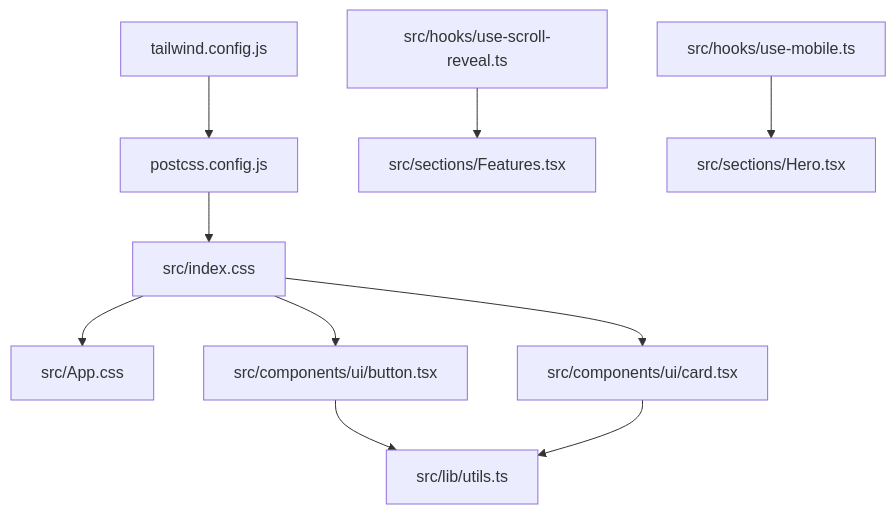
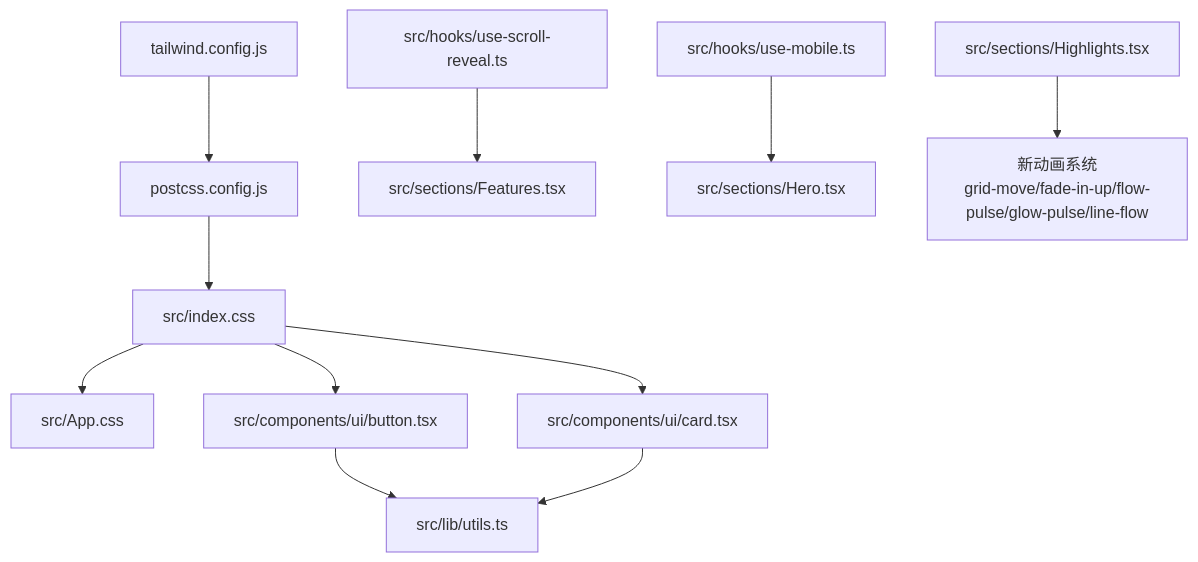
The first of 4 diagrams in .qoder/repowiki/zh/content/样式系统.md (Primoguo/naolizhi.cn), drawn with Mermaid before and after one commit. The commit also changed other lines of this file and 19 other files, not shown here.

````diff
--- a/.qoder/repowiki/zh/content/样式系统.md
+++ b/.qoder/repowiki/zh/content/样式系统.md
@@ -54,12 +62,13 @@
 ```mermaid
 graph TB
 A["tailwind.config.js"] --> B["postcss.config.js"]
 B --> C["src/index.css"]
 C --> D["src/App.css"]
 C --> E["src/components/ui/button.tsx"]
 C --> F["src/components/ui/card.tsx"]
 E --> G["src/lib/utils.ts"]
 F --> G
 H["src/hooks/use-scroll-reveal.ts"] --> I["src/sections/Features.tsx"]
 J["src/hooks/use-mobile.ts"] --> K["src/sections/Hero.tsx"]
+L["src/sections/Highlights.tsx"] --> M["新动画系统<br/>grid-move/fade-in-up/flow-pulse/glow-pulse/line-flow"]
 ```
````
